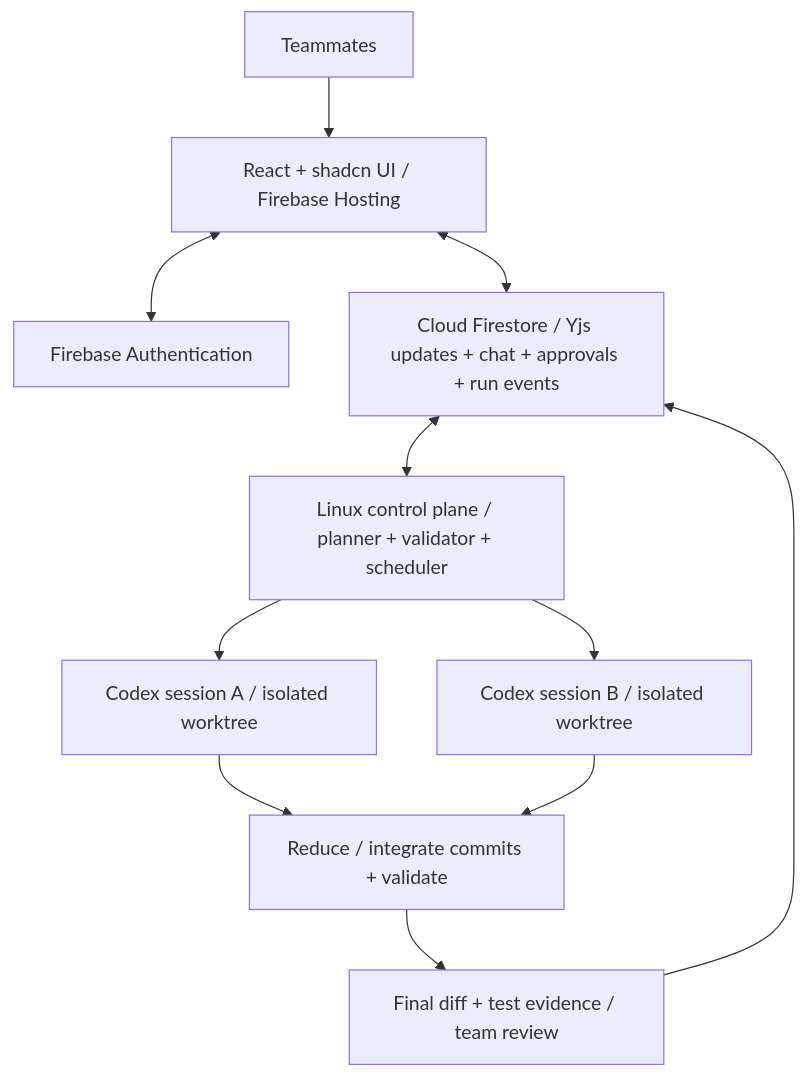
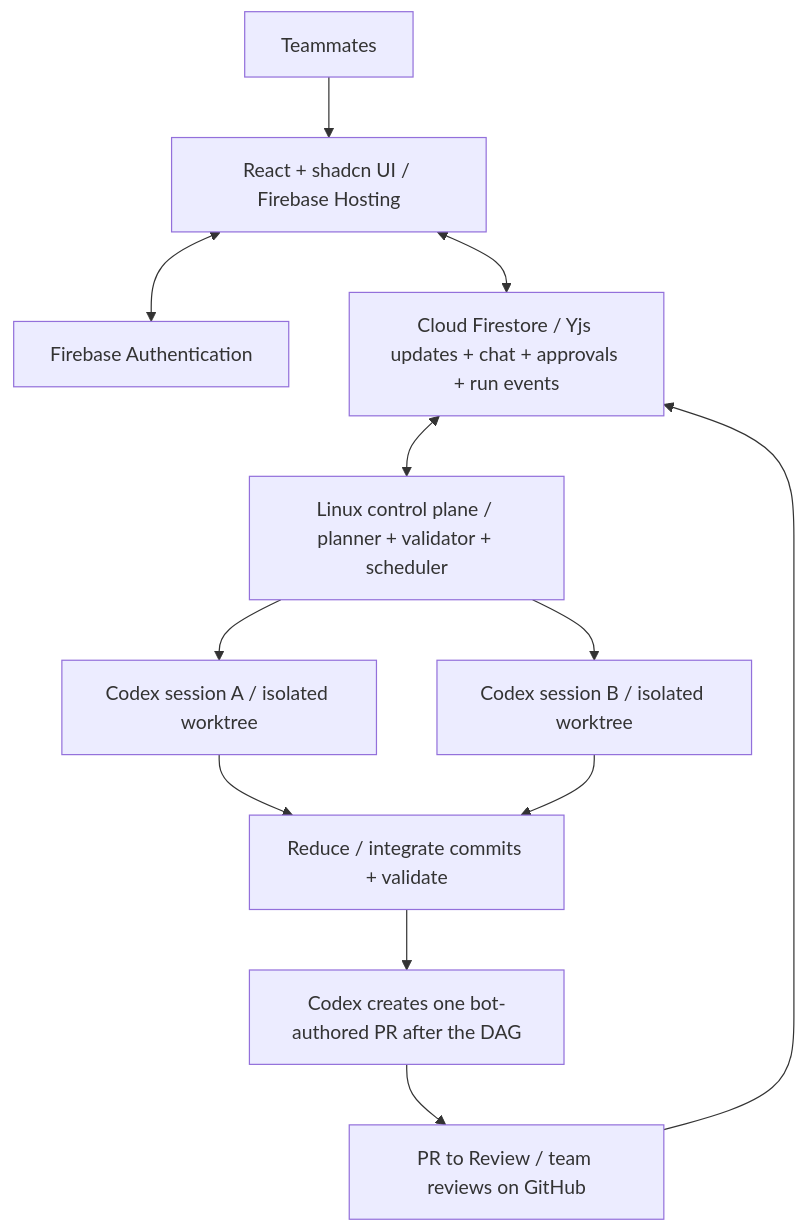
Before and after one commit to Jorya-Design/CoCo: the diagram in tasks/prd-multiplayer-codex-harness.md, drawn with Mermaid. The commit also changed other lines of this file and 22 other files, not shown here.

First line of the commit message:
Add final PR to Review stage after implementation (#18)

```diff
--- a/tasks/prd-multiplayer-codex-harness.md
+++ b/tasks/prd-multiplayer-codex-harness.md
@@ -97,13 +100,14 @@
 ~~~mermaid
 flowchart TB
   Team[Teammates] --> UI[React + shadcn UI / Firebase Hosting]
   UI <--> Auth[Firebase Authentication]
   UI <--> Data[Cloud Firestore / Yjs updates + chat + approvals + run events]
   Data <--> CP[Linux control plane / planner + validator + scheduler]
   CP --> A[Codex session A / isolated worktree]
   CP --> B[Codex session B / isolated worktree]
   A --> Reduce[Reduce / integrate commits + validate]
   B --> Reduce
-  Reduce --> Review[Final diff + test evidence / team review]
+  Reduce --> Publish[Codex creates one bot-authored PR after the DAG]
+  Publish --> Review[PR to Review / team reviews on GitHub]
   Review --> Data
 ~~~
```
